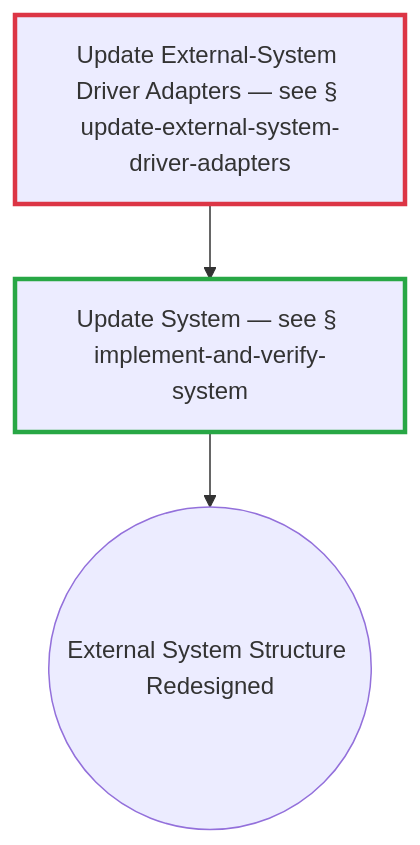
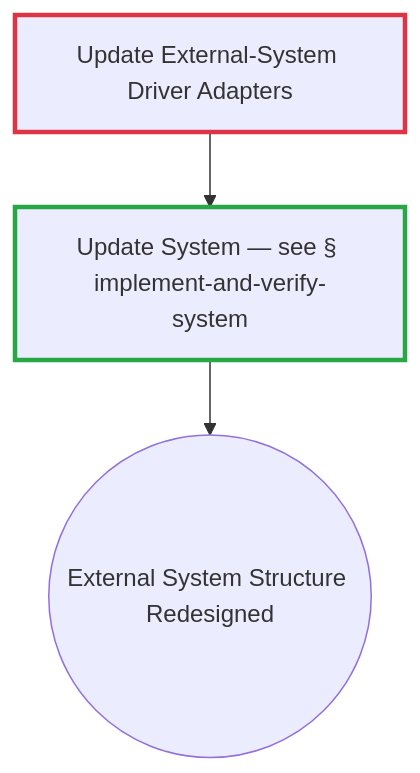
One commit to optivem/gh-optivem changed diagram 50 of 53 in docs/process-diagram.md. Above: the diagram before and after it, drawn with Mermaid. The commit also changed other lines of this file and 7 other files, not shown here.

Commit message:
atdd: regenerate process-flow diagram

````diff
--- a/docs/process-diagram.md
+++ b/docs/process-diagram.md
@@ -793,15 +800,15 @@
 ```mermaid
 flowchart TD
     IMPLEMENT_AND_VERIFY_SYSTEM[Update System — see § implement-and-verify-system]
     REDESIGN_EXTERNAL_END((External System Structure Redesigned))
-    UPDATE_EXTERNAL_SYSTEM_DRIVER_ADAPTERS[Update External-System Driver Adapters — see § update-external-system-driver-adapters]
+    UPDATE_EXTERNAL_SYSTEM_DRIVER_ADAPTERS[Update External-System Driver Adapters]
 
     UPDATE_EXTERNAL_SYSTEM_DRIVER_ADAPTERS --> IMPLEMENT_AND_VERIFY_SYSTEM
     IMPLEMENT_AND_VERIFY_SYSTEM --> REDESIGN_EXTERNAL_END
 
     classDef tddRedNode stroke:#dc3545,stroke-width:3px
     class UPDATE_EXTERNAL_SYSTEM_DRIVER_ADAPTERS tddRedNode
 
     classDef tddGreenNode stroke:#28a745,stroke-width:3px
     class IMPLEMENT_AND_VERIFY_SYSTEM tddGreenNode
 ```
````
